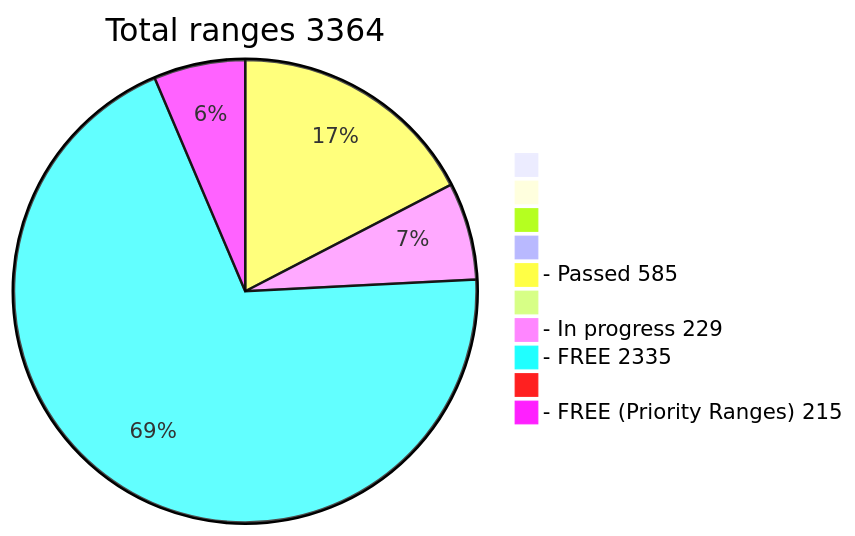
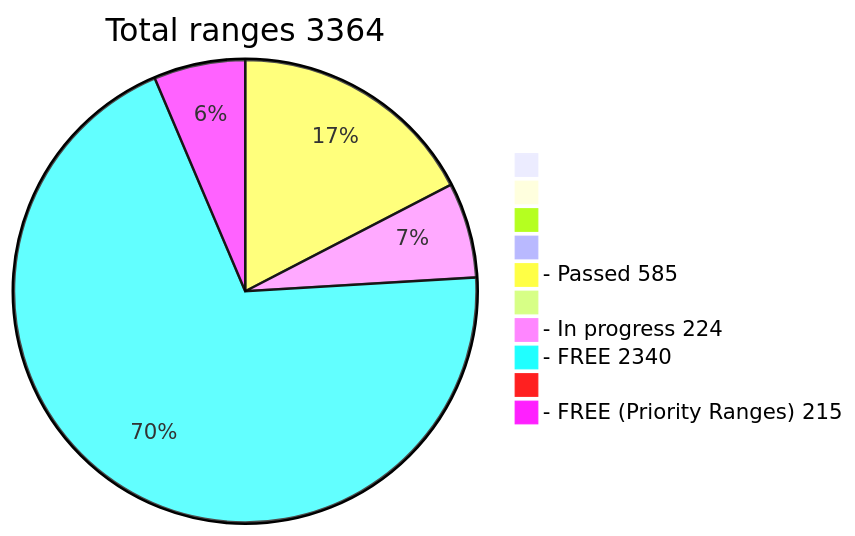
Before and after one commit to phrutis/wif500: the diagram in README.md, drawn with Mermaid.

````diff
--- a/README.md
+++ b/README.md
@@ -16,13 +16,13 @@
 ```mermaid
 pie title Total ranges 3364
              " " : 0
             "  " : 0
            "   " : 0
           "    " : 0
   "- Passed 585" : 585
          "     " : 0
-  "- In progress 229" : 229
-   "- FREE 2335" : 2335
+  "- In progress 224" : 224
+   "- FREE 2340" : 2340
         "      " : 0
   "- FREE (Priority Ranges) 215" : 215
 ```
````
